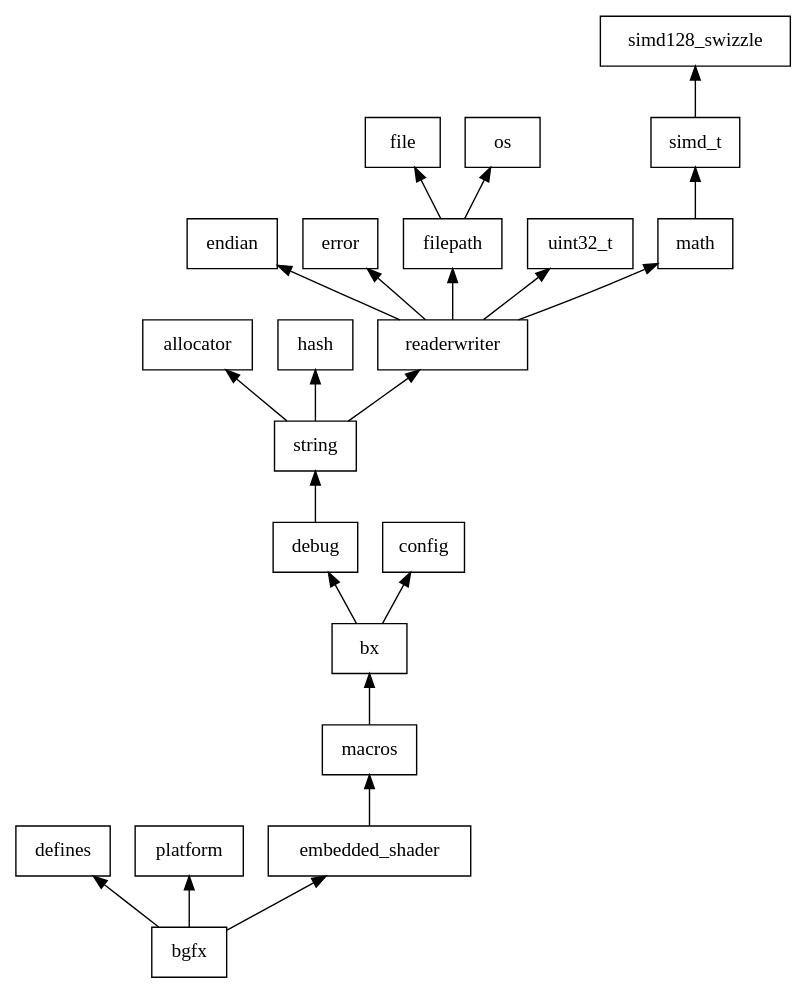
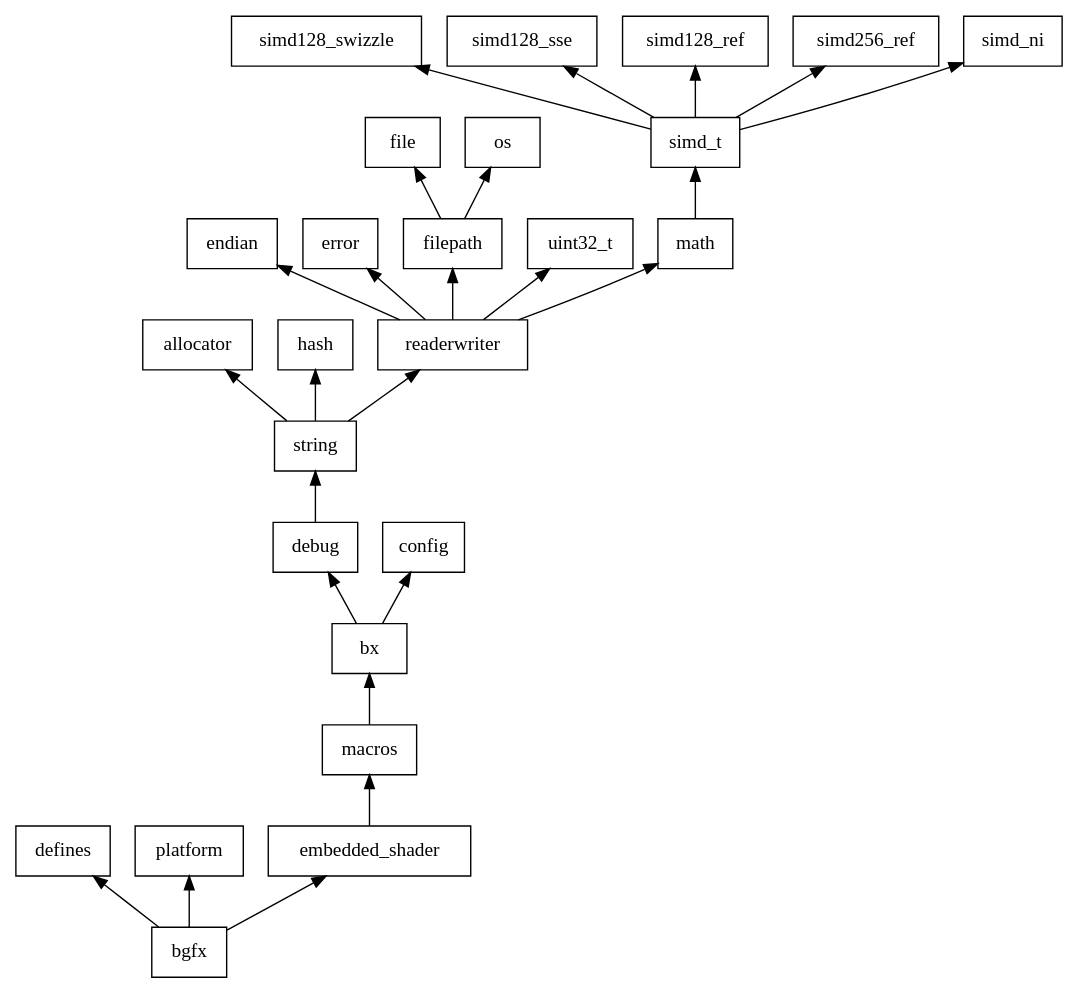
Before and after one commit to hotqkc/tt: the diagram in doc/tinybgfx.dot, drawn with Graphviz. The commit also changed 6 other files, not shown here.

```diff
--- a/doc/tinybgfx.dot
+++ b/doc/tinybgfx.dot
@@ -1,36 +1,40 @@
 digraph TTSFML_System {
 
 	rankdir = BT
 
 	node [
 		shape = "record"
 	]
 	
 	bgfx -> defines
 	bgfx -> platform
 	
 	bgfx -> embedded_shader
 	
 	embedded_shader -> macros
 	
 	macros -> bx
 	bx -> debug
 	bx -> config
 	debug -> string
 	
 	string -> allocator
 	string -> hash
 	string -> readerwriter
 		
 	readerwriter -> endian
 	readerwriter -> error
 	readerwriter -> filepath
 	readerwriter -> uint32_t
 	readerwriter -> math
 	
 	math -> simd_t
 	simd_t -> simd128_swizzle
+	simd_t -> simd128_sse
+	simd_t -> simd128_ref
+	simd_t -> simd256_ref
+	simd_t -> simd_ni
 	
 	filepath -> file
 	filepath -> os
 }
```
